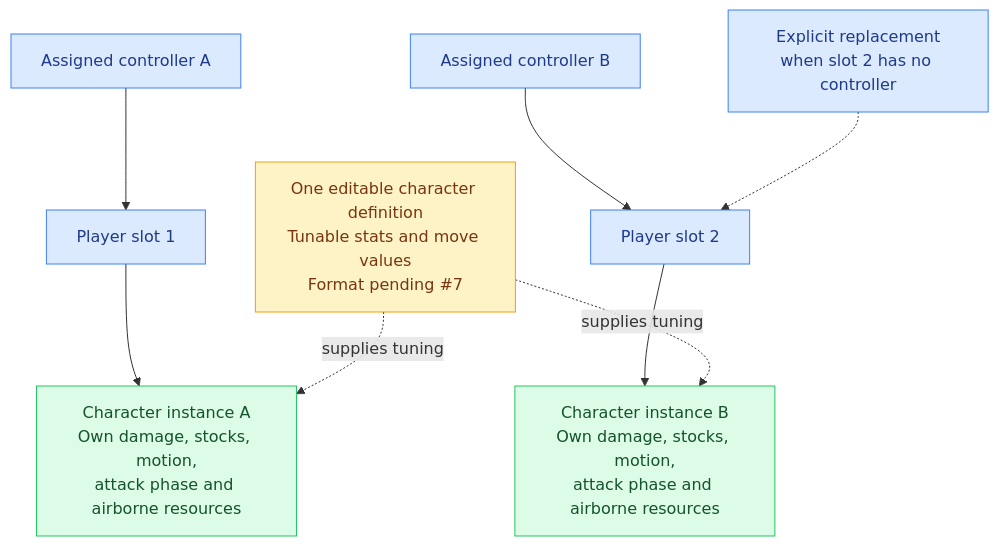
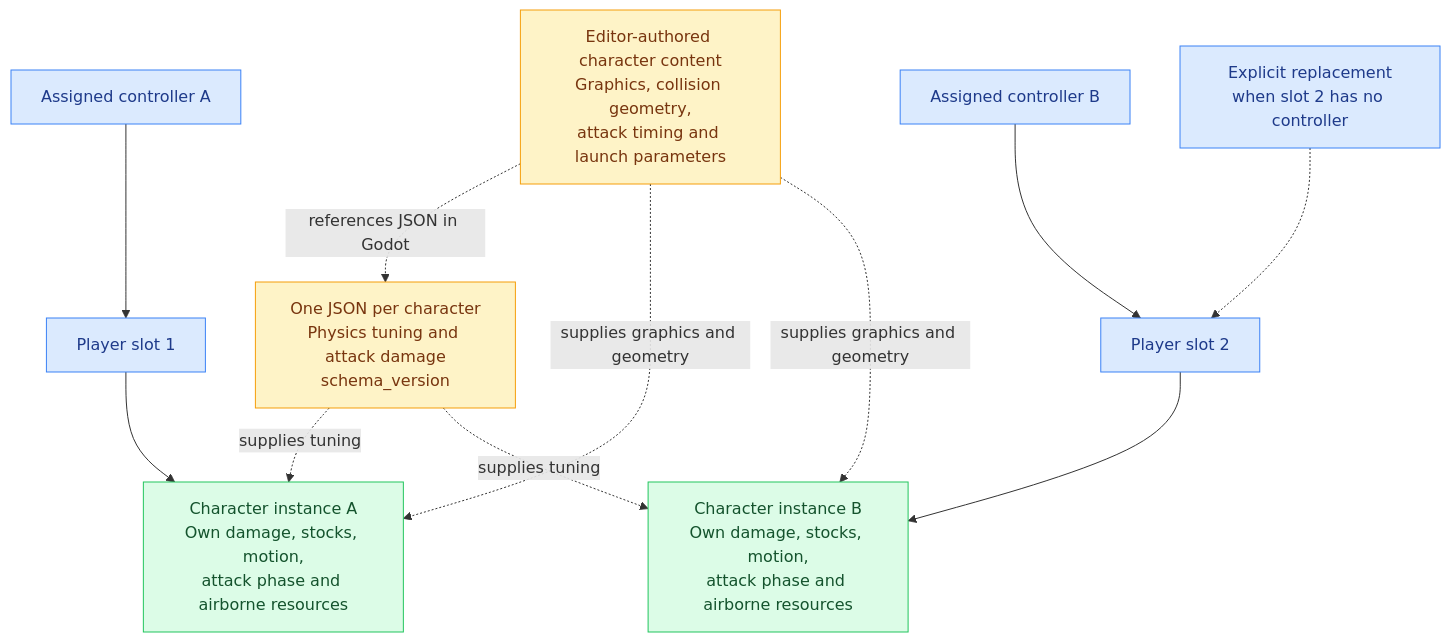
The diagram in docs/architecture/state-and-content.md (Fusion2k/smash-fight), drawn with Mermaid before and after one commit. The commit also changed other lines of this file and 8 other files, not shown here.

First line of the commit message:
Document character authoring contract and timing evidence

````diff
--- a/docs/architecture/state-and-content.md
+++ b/docs/architecture/state-and-content.md
@@ -7,17 +7,21 @@
 ```mermaid
 flowchart TB
-    Definition["One editable character definition<br/>Tunable stats and move values<br/>Format pending #7"]
+    Definition["One JSON per character<br/>Physics tuning and attack damage<br/>schema_version"]
+    Editor["Editor-authored character content<br/>Graphics, collision geometry,<br/>attack timing and launch parameters"]
+    Editor -. "references JSON in Godot" .-> Definition
     SlotA["Player slot 1"] --> StateA["Character instance A<br/>Own damage, stocks, motion,<br/>attack phase and airborne resources"]
     SlotB["Player slot 2"] --> StateB["Character instance B<br/>Own damage, stocks, motion,<br/>attack phase and airborne resources"]
     Definition -. "supplies tuning" .-> StateA
     Definition -. "supplies tuning" .-> StateB
+    Editor -. "supplies graphics and geometry" .-> StateA
+    Editor -. "supplies graphics and geometry" .-> StateB
     PadA["Assigned controller A"] --> SlotA
     PadB["Assigned controller B"] --> SlotB
     Replacement["Explicit replacement<br/>when slot 2 has no controller"] -.-> SlotB
     classDef definition fill:#fef3c7,color:#78350f,stroke:#f59e0b;
     classDef player fill:#dbeafe,color:#1e3a8a,stroke:#3b82f6;
     classDef runtime fill:#dcfce7,color:#14532d,stroke:#22c55e;
-    class Definition definition;
+    class Definition,Editor definition;
     class SlotA,SlotB,PadA,PadB,Replacement player;
     class StateA,StateB runtime;
 ```
````
